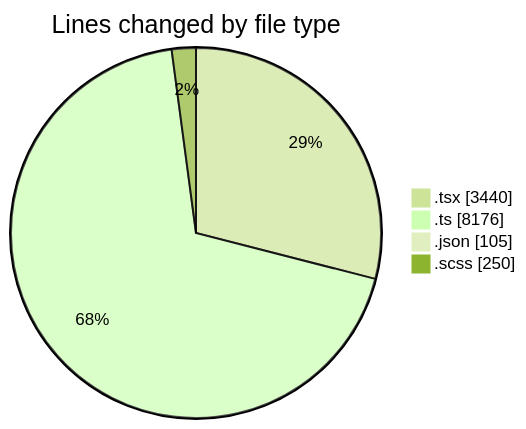
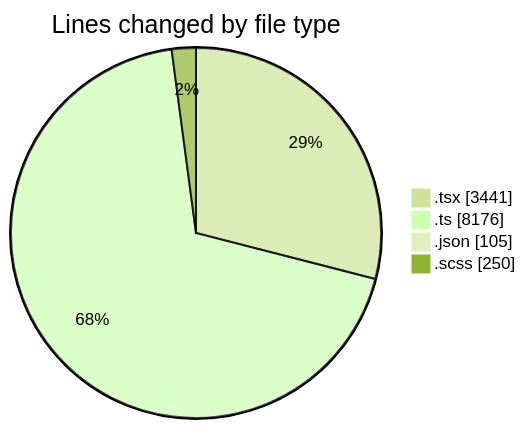
The first of 2 diagrams in 2025-07-09/cda/README.md (momahboobian/code-tracking), drawn with Mermaid (forest theme) before and after one commit. The commit also changed other lines of this file and 1 other file, not shown here.

Commit message:
type(cda): Lines removed in PoolEvent.tsx increased by 1 and net change reduced by 1 minute - Modified functions: PoolEvent.tsx - Files changed: activity.json, cda/README.md - Activity duration: 2 minutes

````diff
--- a/2025-07-09/cda/README.md
+++ b/2025-07-09/cda/README.md
@@ -40,8 +40,8 @@
 ```mermaid
 pie showData
 title Lines changed by file type
-".tsx" : 3440
+".tsx" : 3441
 ".ts" : 8176
 ".json" : 105
 ".scss" : 250
 ```
````
